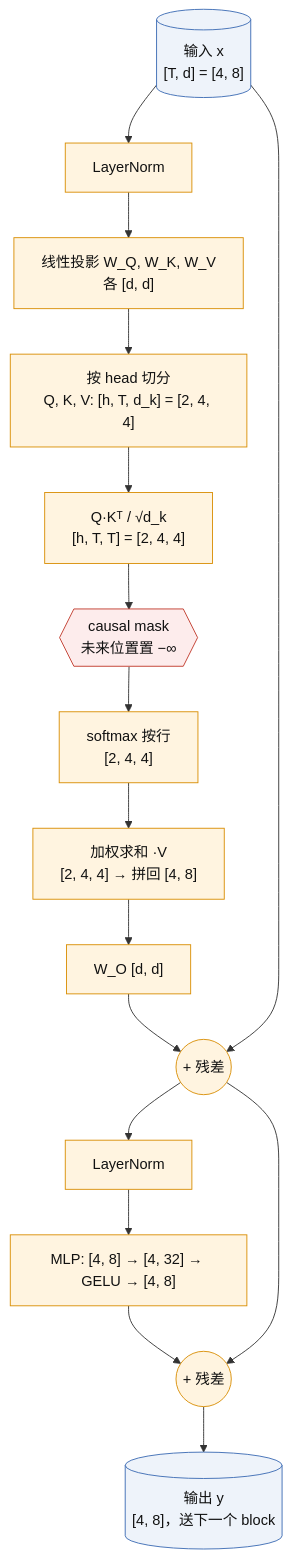
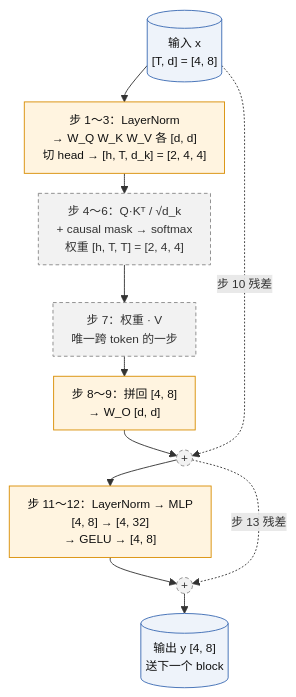
Before and after one commit to xiachenfeng/openai-innovation-learning: the second of 4 diagrams in knowledge/A-pretraining-scaling/transformer-decoder-next-token.md, drawn with Mermaid. The commit also changed other lines of this file and 28 other files, not shown here.

````diff
--- a/knowledge/A-pretraining-scaling/transformer-decoder-next-token.md
+++ b/knowledge/A-pretraining-scaling/transformer-decoder-next-token.md
@@ -77,23 +84,21 @@
 ```mermaid
+%%{init: {"flowchart": {"nodeSpacing": 24, "rankSpacing": 22, "padding": 10}, "themeVariables": {"fontSize": "13px"}}}%%
 flowchart TB
-  X[("输入 x<br/>[T, d] = [4, 8]")]:::data --> LN1[LayerNorm]:::model
-  LN1 --> QKV["线性投影 W_Q, W_K, W_V<br/>各 [d, d]"]:::model
-  QKV --> SPLIT["按 head 切分<br/>Q, K, V: [h, T, d_k] = [2, 4, 4]"]:::model
-  SPLIT --> SCORE["Q·Kᵀ / √d_k<br/>[h, T, T] = [2, 4, 4]"]:::model
-  SCORE --> MASK{{"causal mask<br/>未来位置置 −∞"}}:::loss
-  MASK --> SM["softmax 按行<br/>[2, 4, 4]"]:::model
-  SM --> AV["加权求和 ·V<br/>[2, 4, 4] → 拼回 [4, 8]"]:::model
-  AV --> WO["W_O [d, d]"]:::model
-  WO --> ADD1(("+ 残差")):::model
-  X --> ADD1
-  ADD1 --> LN2[LayerNorm]:::model
-  LN2 --> MLP["MLP: [4, 8] → [4, 32] → GELU → [4, 8]"]:::model
-  MLP --> ADD2(("+ 残差")):::model
-  ADD1 --> ADD2
-  ADD2 --> Y[("输出 y<br/>[4, 8]，送下一个 block")]:::data
+  X[("输入 x<br/>[T, d] = [4, 8]")]:::data
+  QKV["步 1～3：LayerNorm<br/>→ W_Q W_K W_V 各 [d, d]<br/>切 head → [h, T, d_k] = [2, 4, 4]"]:::model
+  SC["步 4～6：Q·Kᵀ / √d_k<br/>+ causal mask → softmax<br/>权重 [h, T, T] = [2, 4, 4]"]:::frozen
+  AV["步 7：权重 · V<br/>唯一跨 token 的一步"]:::frozen
+  WO["步 8～9：拼回 [4, 8]<br/>→ W_O [d, d]"]:::model
+  ADD1(("+")):::frozen
+  MLP["步 11～12：LayerNorm → MLP<br/>[4, 8] → [4, 32]<br/>→ GELU → [4, 8]"]:::model
+  ADD2(("+")):::frozen
+  Y[("输出 y [4, 8]<br/>送下一个 block")]:::data
+  X --> QKV --> SC --> AV --> WO --> ADD1 --> MLP --> ADD2 --> Y
+  X -.->|"步 10 残差"| ADD1
+  ADD1 -.->|"步 13 残差"| ADD2
   classDef data  fill:#EEF3FA,stroke:#3B6BB3,color:#111
   classDef model fill:#FFF4E0,stroke:#D98E04,color:#111
   classDef frozen fill:#F2F2F2,stroke:#888,color:#333,stroke-dasharray:4 3
   classDef loss  fill:#FDECEC,stroke:#C0392B,color:#111
   classDef human fill:#EAF7EE,stroke:#2E8B57,color:#111
 ```
````
